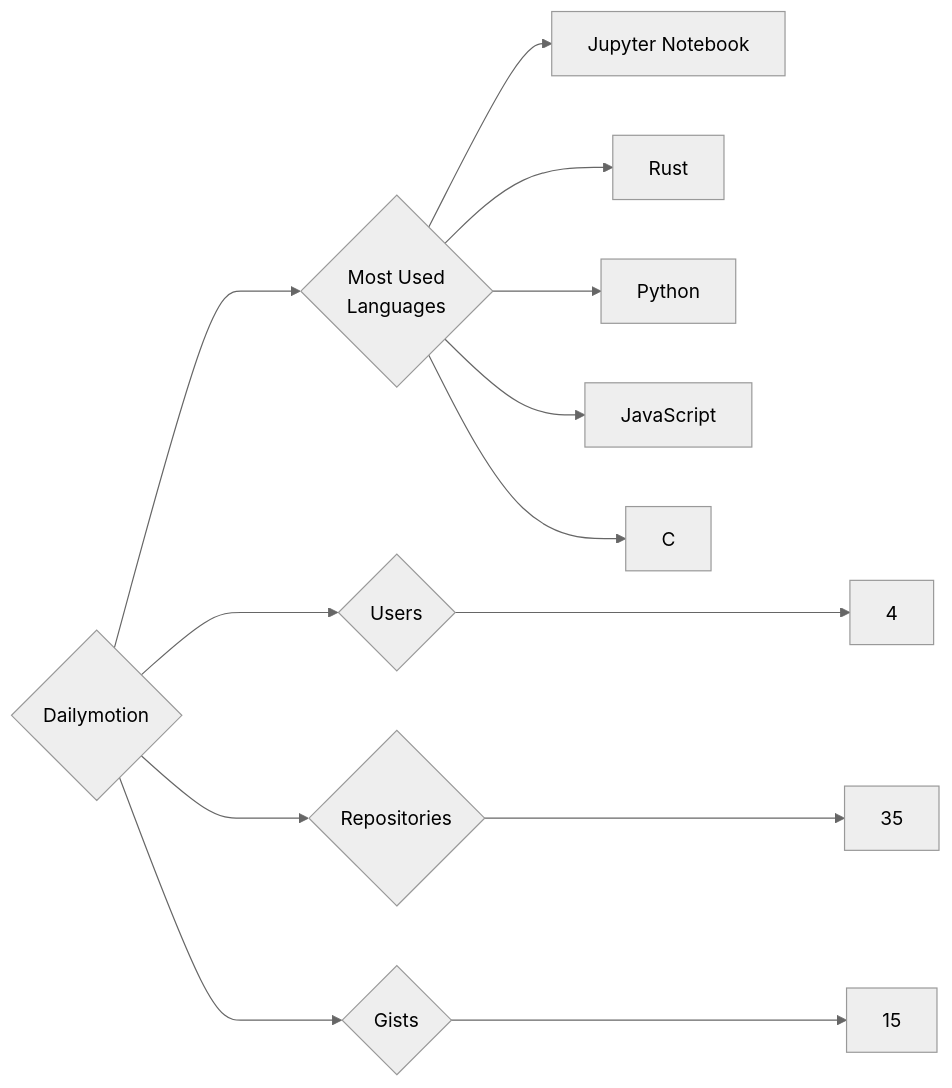
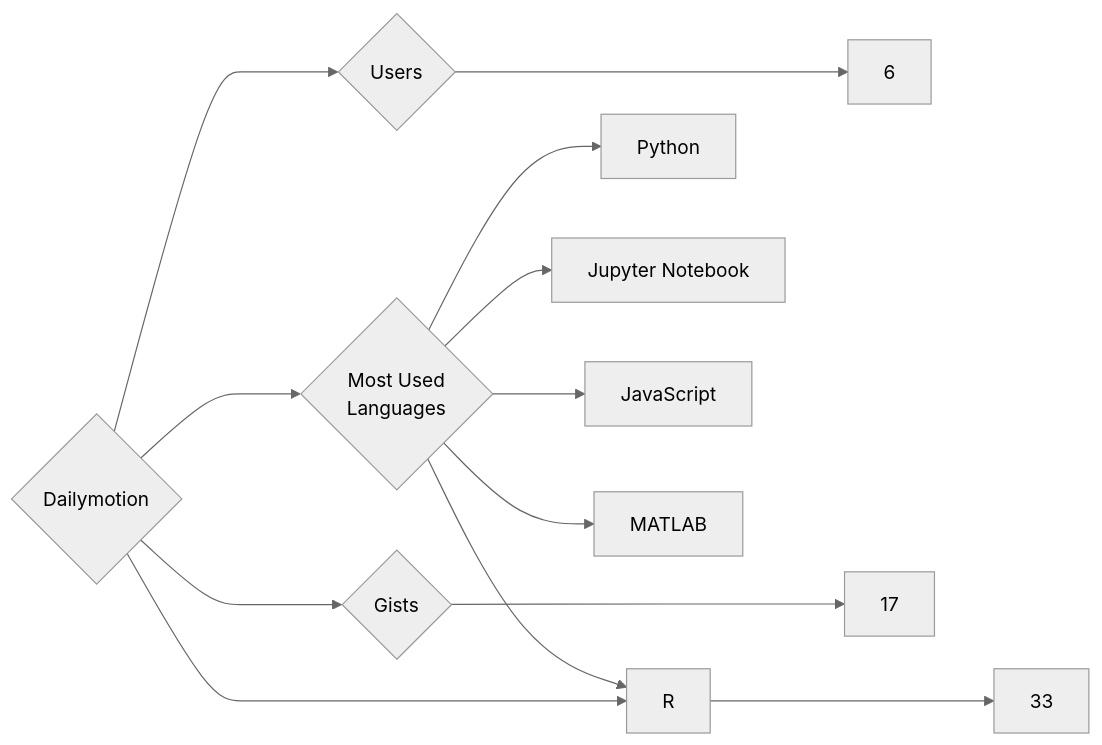
The diagram in targets/Dailymotion/README.md (trickest/insiders), drawn with Mermaid (neutral theme) before and after one commit. The commit also changed 1007 other files, not shown here.

````diff
--- a/targets/Dailymotion/README.md
+++ b/targets/Dailymotion/README.md
@@ -3,13 +3,13 @@
 ```mermaid
 graph LR
 COMPANY_NAME{Dailymotion}
-COMPANY_NAME ---> U{Users} ---> UN[4]
-COMPANY_NAME ---> R{Repositories} ---> RN[35]
-COMPANY_NAME ---> G{Gists} ---> GN[15]
+COMPANY_NAME ---> U{Users} ---> UN[6]
+COMPANY_NAME ---> R{Repositories} ---> RN[33]
+COMPANY_NAME ---> G{Gists} ---> GN[17]
 COMPANY_NAME ---> ML{Most Used<br>Languages}
+ML --> Python[Python]
 ML --> Jupyter_Notebook[Jupyter Notebook]
-ML --> Rust[Rust]
-ML --> Python[Python]
 ML --> JavaScript[JavaScript]
-ML --> C[C]
+ML --> R[R]
+ML --> MATLAB[MATLAB]
 ```
````
